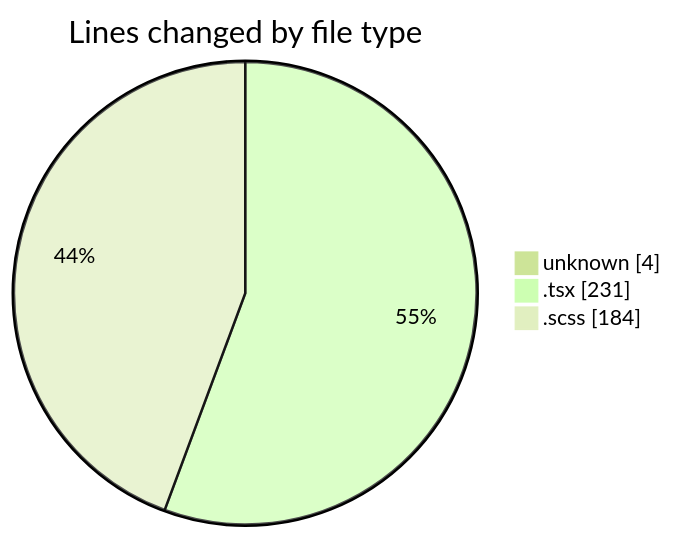
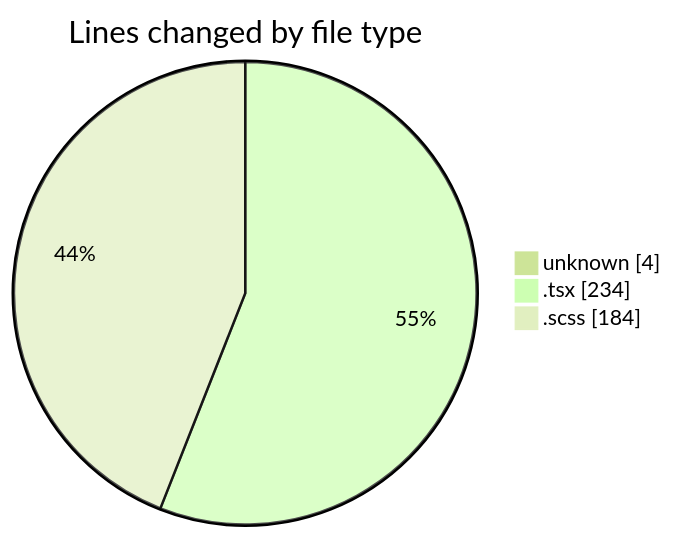
One commit to momahboobian/code-tracking changed the first of 2 diagrams in 2025-02-14/cda/README.md. Above: the diagram before and after it, drawn with Mermaid (forest theme). The commit also changed other lines of this file and 1 other file, not shown here.

````diff
--- a/2025-02-14/cda/README.md
+++ b/2025-02-14/cda/README.md
@@ -22,7 +22,7 @@
 ```mermaid
 pie showData
 title Lines changed by file type
 "unknown" : 4
-".tsx" : 231
+".tsx" : 234
 ".scss" : 184
 ```
````
